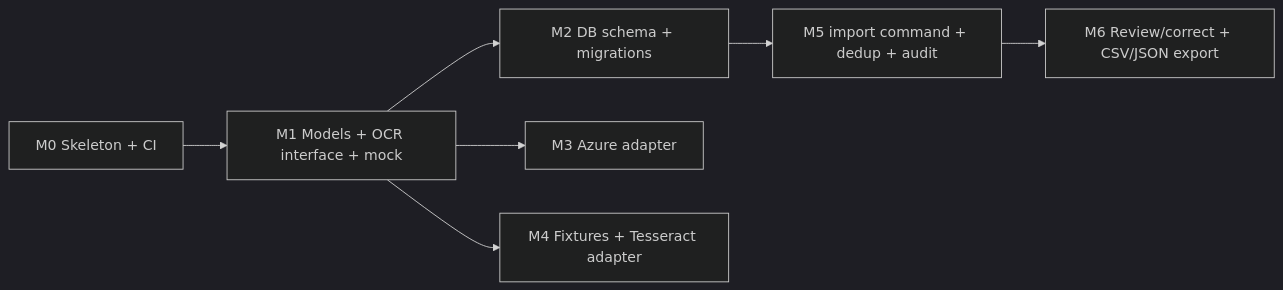
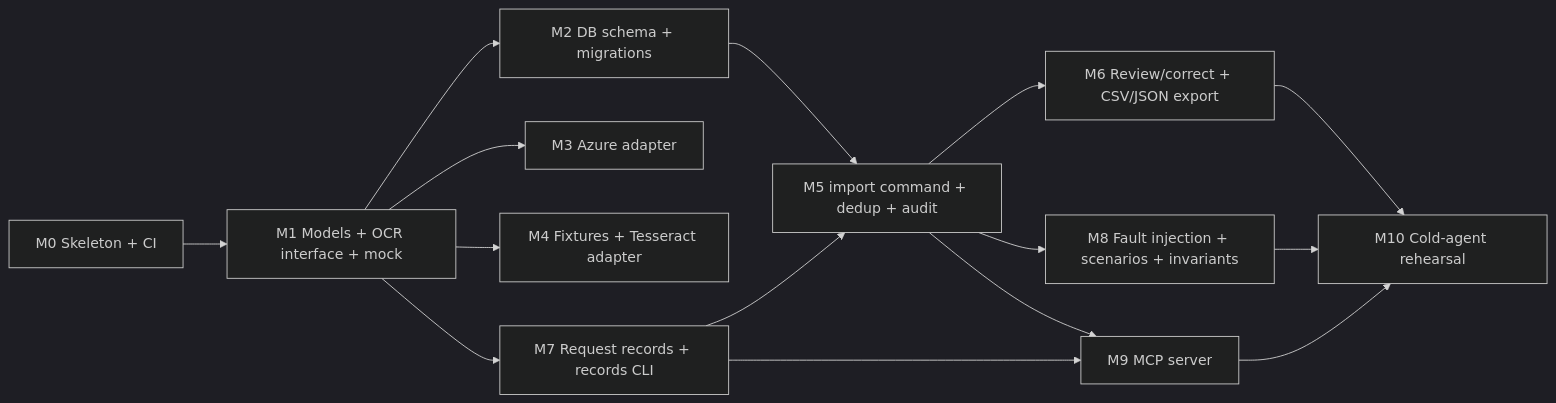
The second of 2 diagrams in docs/implementation-plan.md (Kiwi-223/TI-Fall2026-expense-recipt-tracker), drawn with Mermaid (dark theme) before and after one commit. The commit also changed other lines of this file, not shown here.

First line of the commit message:
docs: add agent-readiness requirements (RQ0-RQ7) to the plan

````diff
--- a/docs/implementation-plan.md
+++ b/docs/implementation-plan.md
@@ -301,9 +359,15 @@
 ```mermaid
 flowchart LR
     M0[M0 Skeleton + CI] --> M1[M1 Models + OCR interface + mock]
     M1 --> M2[M2 DB schema + migrations]
     M1 --> M3[M3 Azure adapter]
     M1 --> M4[M4 Fixtures + Tesseract adapter]
+    M1 --> M7[M7 Request records + records CLI]
     M2 --> M5[M5 import command + dedup + audit]
+    M7 --> M5
     M5 --> M6[M6 Review/correct + CSV/JSON export]
+    M5 --> M8[M8 Fault injection + scenarios + invariants]
+    M5 --> M9[M9 MCP server]
+    M7 --> M9
+    M6 & M8 & M9 --> M10[M10 Cold-agent rehearsal]
 ```
````
